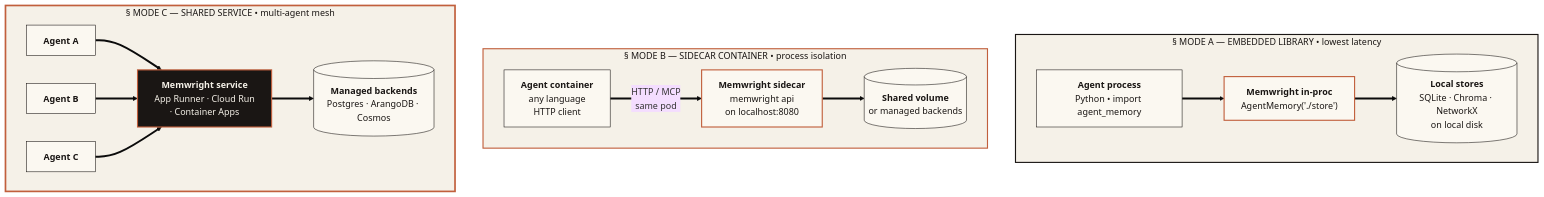
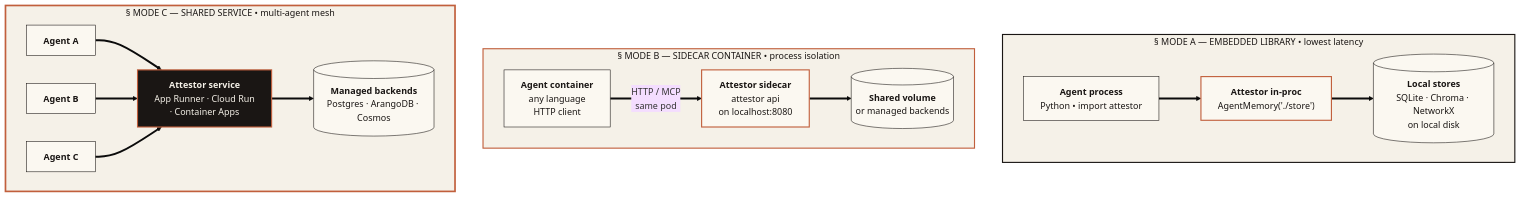
One commit to bolnet/attestor changed the eighth of 8 diagrams in README.md. Above: the diagram before and after it, drawn with Mermaid (base theme). The commit also changed other lines of this file and 43 other files, not shown here.

First line of the commit message:
docs: rename Memwright → Attestor across all documentation

````diff
--- a/README.md
+++ b/README.md
@@ -603,46 +603,46 @@
 ```mermaid
 flowchart TB
     subgraph M1 ["&sect; MODE A &mdash; EMBEDDED LIBRARY &bull; lowest latency"]
         direction LR
-        AG1["<b>Agent process</b><br/>Python &bull; import agent_memory"]
-        MW1["<b>Memwright in-proc</b><br/>AgentMemory('./store')"]
+        AG1["<b>Agent process</b><br/>Python &bull; import attestor"]
+        MW1["<b>Attestor in-proc</b><br/>AgentMemory('./store')"]
         ST1[("<b>Local stores</b><br/>SQLite · Chroma · NetworkX<br/>on local disk")]
         AG1 ==> MW1 ==> ST1
     end
 
     subgraph M2 ["&sect; MODE B &mdash; SIDECAR CONTAINER &bull; process isolation"]
         direction LR
         AG2["<b>Agent container</b><br/>any language<br/>HTTP client"]
-        MW2["<b>Memwright sidecar</b><br/>memwright api<br/>on localhost:8080"]
+        MW2["<b>Attestor sidecar</b><br/>attestor api<br/>on localhost:8080"]
         ST2[("<b>Shared volume</b><br/>or managed backends")]
         AG2 ==>|"HTTP / MCP<br/>same pod"| MW2 ==> ST2
     end
 
     subgraph M3 ["&sect; MODE C &mdash; SHARED SERVICE &bull; multi-agent mesh"]
         direction LR
         AF1["<b>Agent A</b>"]
         AF2["<b>Agent B</b>"]
         AF3["<b>Agent C</b>"]
-        MW3["<b>Memwright service</b><br/>App Runner · Cloud Run<br/>· Container Apps"]
+        MW3["<b>Attestor service</b><br/>App Runner · Cloud Run<br/>· Container Apps"]
         ST3[("<b>Managed backends</b><br/>Postgres · ArangoDB · Cosmos")]
         AF1 ==> MW3
         AF2 ==> MW3
         AF3 ==> MW3
         MW3 ==> ST3
     end
 
     style M1 fill:#F5F1E8,stroke:#1A1614,stroke-width:2px,color:#1A1614
     style M2 fill:#F5F1E8,stroke:#C15F3C,stroke-width:2px,color:#1A1614
     style M3 fill:#F5F1E8,stroke:#C15F3C,stroke-width:3px,color:#1A1614
     style AG1 fill:#FBF8F1,stroke:#1A1614,color:#1A1614
     style MW1 fill:#FBF8F1,stroke:#C15F3C,stroke-width:2px,color:#1A1614
     style ST1 fill:#FBF8F1,stroke:#1A1614,color:#1A1614
     style AG2 fill:#FBF8F1,stroke:#1A1614,color:#1A1614
     style MW2 fill:#FBF8F1,stroke:#C15F3C,stroke-width:2px,color:#1A1614
     style ST2 fill:#FBF8F1,stroke:#1A1614,color:#1A1614
     style AF1 fill:#FBF8F1,stroke:#1A1614,color:#1A1614
     style AF2 fill:#FBF8F1,stroke:#1A1614,color:#1A1614
     style AF3 fill:#FBF8F1,stroke:#1A1614,color:#1A1614
     style MW3 fill:#1A1614,stroke:#C15F3C,stroke-width:2px,color:#F5F1E8
     style ST3 fill:#FBF8F1,stroke:#1A1614,color:#1A1614
 ```
````
